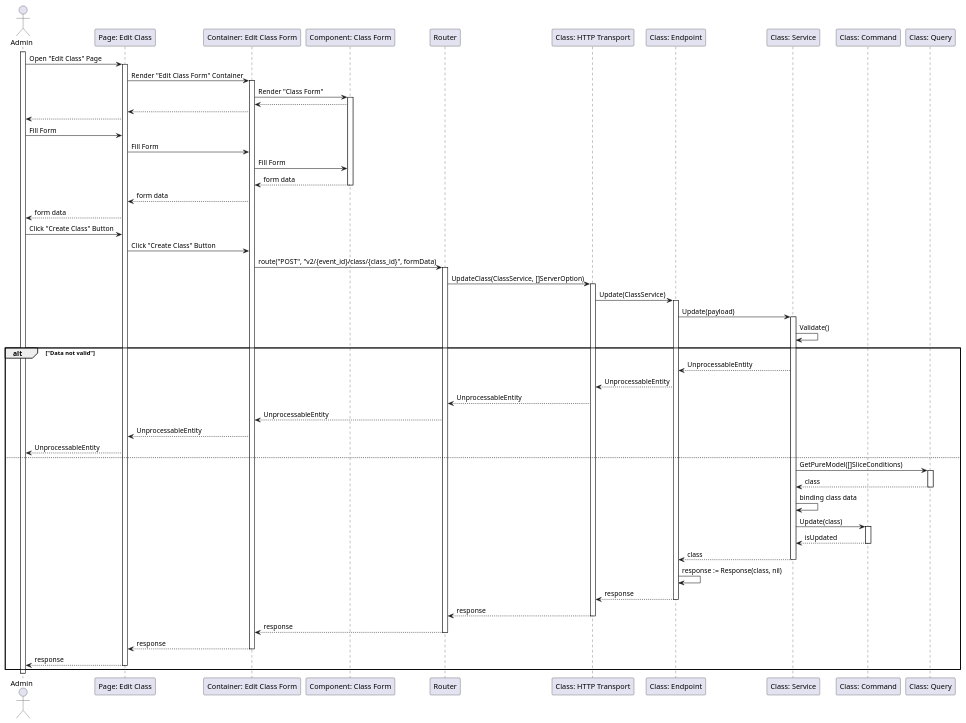
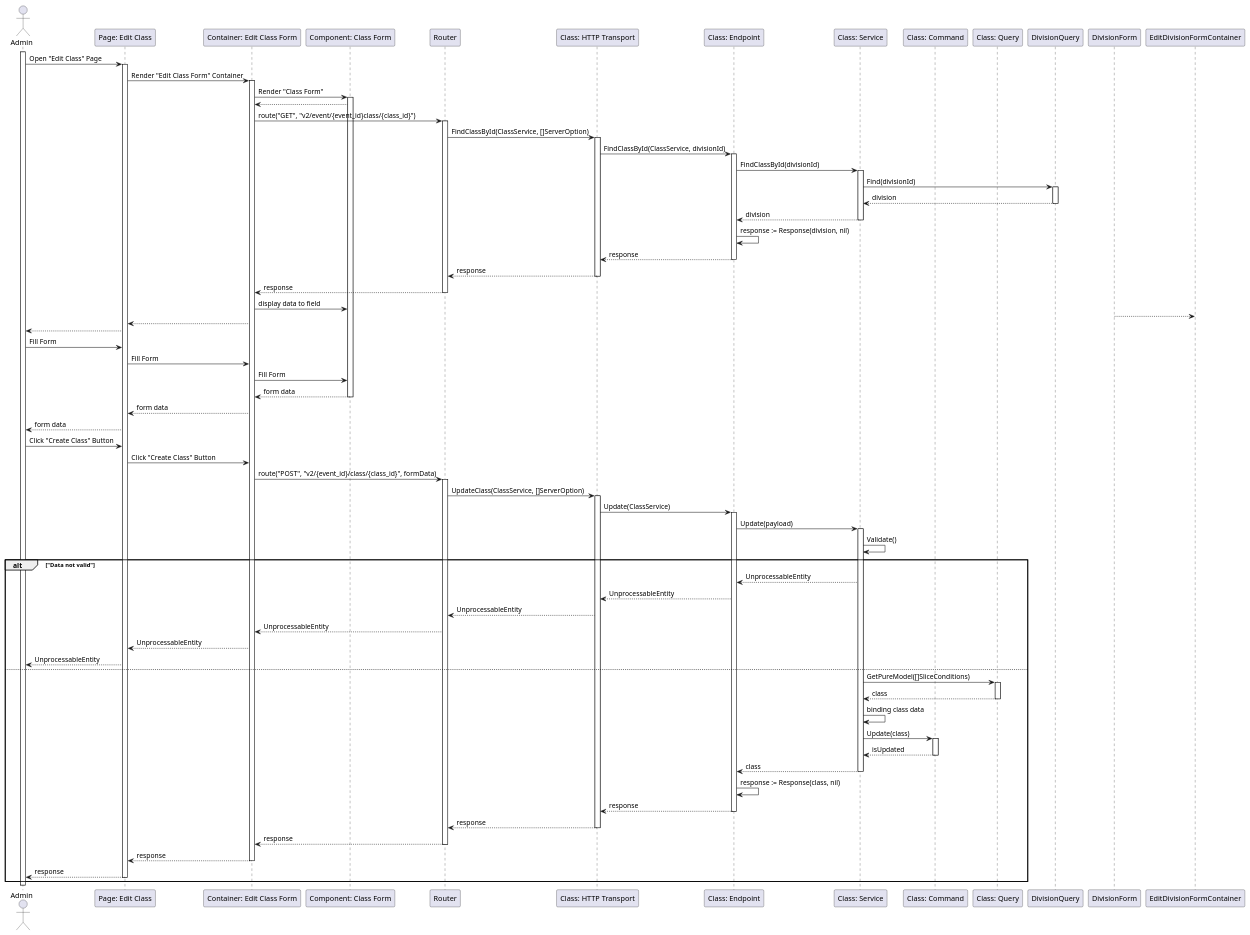
Before and after one commit to fwidjaya20/fazzlearning-uml: the diagram in Sequence/Release01/UpdateClass.wsd, drawn with PlantUML. The commit also changed 1 other file, not shown here.

Commit message:
sequence: adding get obj before change form data

```diff
--- a/Sequence/Release01/UpdateClass.wsd
+++ b/Sequence/Release01/UpdateClass.wsd
@@ -1,81 +1,104 @@
 @startuml UpdateClass
 
 actor Admin
 participant "Page: Edit Class" as EditClassPage
 participant "Container: Edit Class Form" as EditClassFormContainer
 participant "Component: Class Form" as ClassForm
 participant "Router" as Router
 participant "Class: HTTP Transport" as ClassHTTPTransport
 participant "Class: Endpoint" as ClassEndpoint
 participant "Class: Service" as ClassService
 participant "Class: Command" as ClassCommand
 participant "Class: Query" as ClassQuery
 
 activate Admin
 
 Admin->EditClassPage: Open "Edit Class" Page
 activate EditClassPage
 EditClassPage->EditClassFormContainer: Render "Edit Class Form" Container
 activate EditClassFormContainer
 EditClassFormContainer->ClassForm: Render "Class Form"
 activate ClassForm
 ClassForm-->EditClassFormContainer
+EditClassFormContainer->Router: route("GET", "v2/event/{event_id}class/{class_id}")
+activate Router
+Router->ClassHTTPTransport: FindClassById(ClassService, []ServerOption)
+activate ClassHTTPTransport
+ClassHTTPTransport->ClassEndpoint: FindClassById(ClassService, divisionId)
+activate ClassEndpoint
+ClassEndpoint->ClassService: FindClassById(divisionId)
+activate ClassService
+ClassService->DivisionQuery: Find(divisionId)
+activate DivisionQuery
+DivisionQuery-->ClassService: division
+deactivate DivisionQuery
+ClassService-->ClassEndpoint: division
+deactivate ClassService
+ClassEndpoint->ClassEndpoint: response := Response(division, nil)
+ClassEndpoint-->ClassHTTPTransport: response
+deactivate ClassEndpoint
+ClassHTTPTransport-->Router: response
+deactivate ClassHTTPTransport
+Router-->EditClassFormContainer: response
+deactivate Router
+EditClassFormContainer->ClassForm: display data to field
+DivisionForm-->EditDivisionFormContainer
 EditClassFormContainer-->EditClassPage
 EditClassPage-->Admin
 
 Admin->EditClassPage: Fill Form
 EditClassPage->EditClassFormContainer: Fill Form
 EditClassFormContainer->ClassForm: Fill Form
 ClassForm-->EditClassFormContainer: form data
 deactivate ClassForm
 EditClassFormContainer-->EditClassPage: form data
 EditClassPage-->Admin: form data
 
 Admin->EditClassPage: Click "Create Class" Button
 EditClassPage->EditClassFormContainer: Click "Create Class" Button
 EditClassFormContainer->Router: route("POST", "v2/{event_id}/class/{class_id}", formData)
 activate Router
 Router->ClassHTTPTransport: UpdateClass(ClassService, []ServerOption)
 activate ClassHTTPTransport
 ClassHTTPTransport->ClassEndpoint: Update(ClassService)
 activate ClassEndpoint
 ClassEndpoint->ClassService: Update(payload)
 activate ClassService
 ClassService->ClassService: Validate()
 
 alt "Data not valid"
     ClassService-->ClassEndpoint: UnprocessableEntity
     ClassEndpoint-->ClassHTTPTransport: UnprocessableEntity
     ClassHTTPTransport-->Router: UnprocessableEntity
     Router-->EditClassFormContainer: UnprocessableEntity
     EditClassFormContainer-->EditClassPage: UnprocessableEntity
     EditClassPage-->Admin: UnprocessableEntity
 else
     ClassService->ClassQuery: GetPureModel([]SliceConditions)
     activate ClassQuery
     ClassQuery-->ClassService: class
     deactivate ClassQuery
     ClassService->ClassService: binding class data
     ClassService->ClassCommand: Update(class)
     activate ClassCommand
     ClassCommand-->ClassService: isUpdated
     deactivate ClassCommand
 
     ClassService-->ClassEndpoint: class
     deactivate ClassService
     ClassEndpoint->ClassEndpoint: response := Response(class, nil)
     ClassEndpoint-->ClassHTTPTransport: response
     deactivate ClassEndpoint
     ClassHTTPTransport-->Router: response
     deactivate ClassHTTPTransport
     Router-->EditClassFormContainer: response
     deactivate Router
     EditClassFormContainer-->EditClassPage: response
     deactivate EditClassFormContainer
     EditClassPage-->Admin: response
     deactivate EditClassPage
 end
 
 deactivate Admin
 
 @enduml
```
